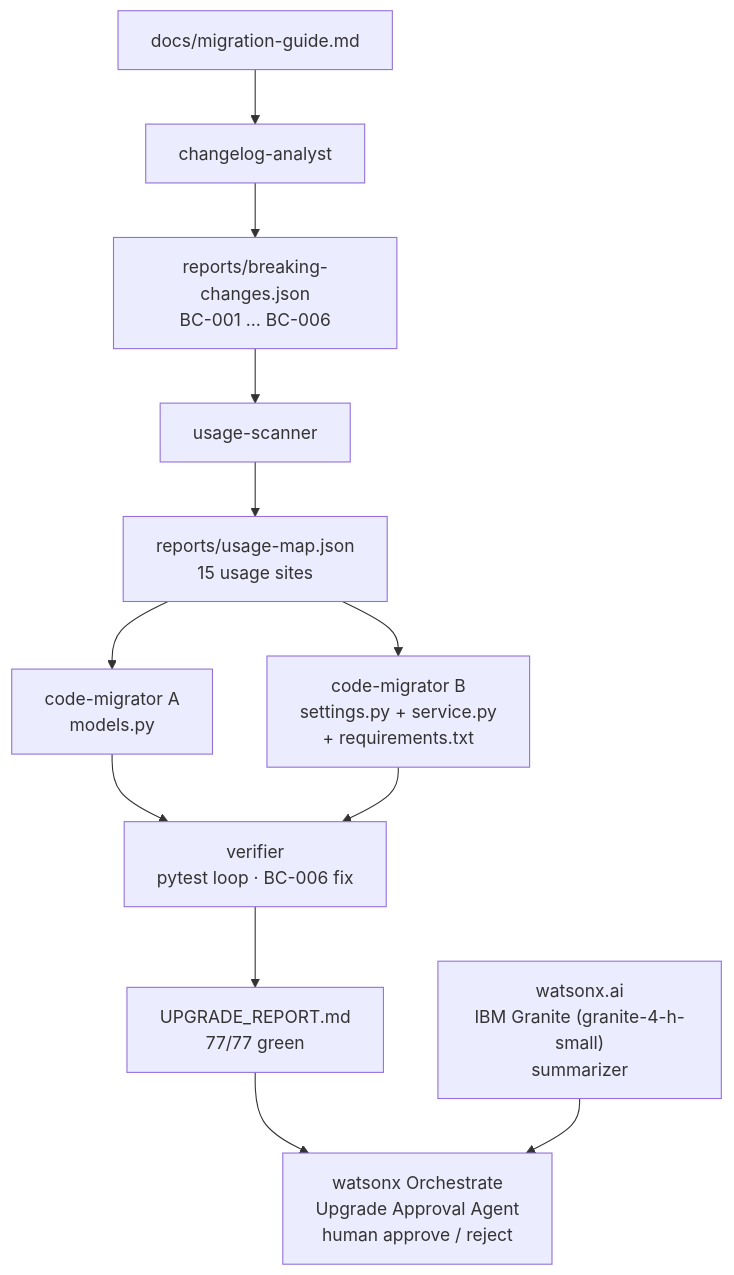
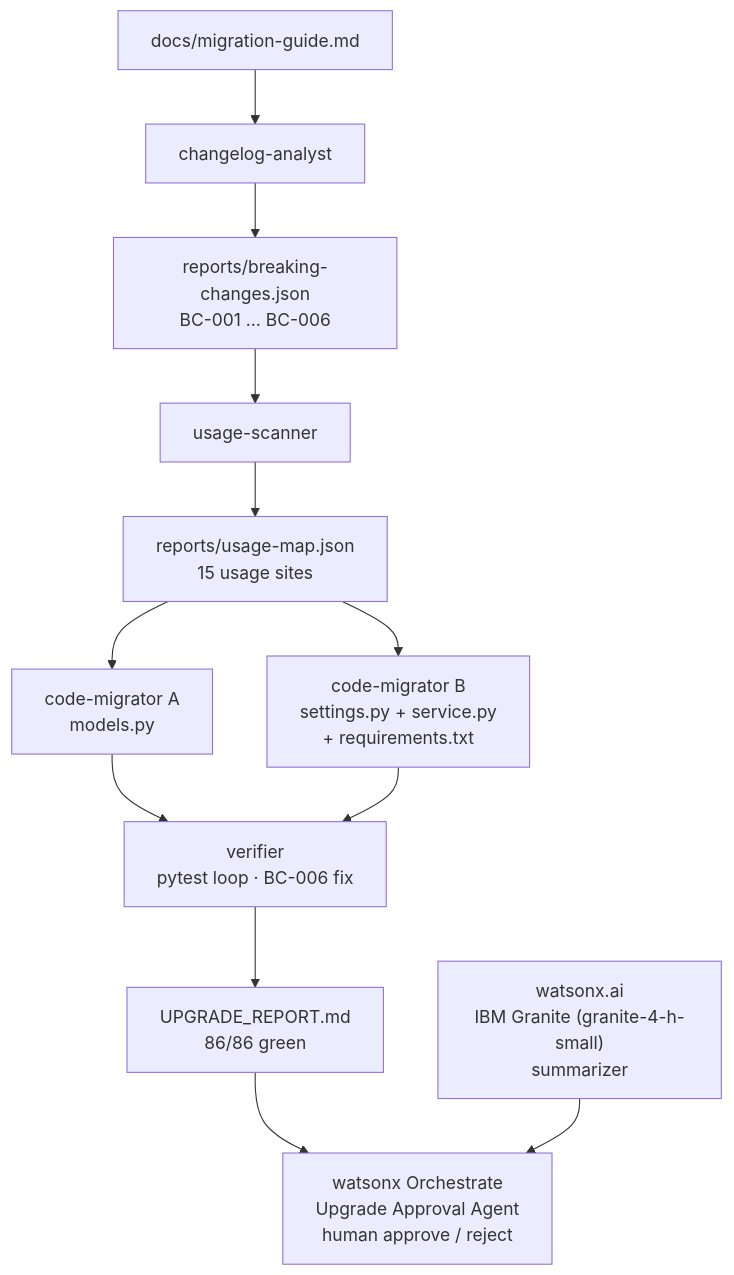
Before and after one commit to kaminisehmi/uplift-hackathon: the diagram in README.md, drawn with Mermaid. The commit also changed other lines of this file and 4 other files, not shown here.

````diff
--- a/README.md
+++ b/README.md
@@ -41,25 +41,25 @@
 ```mermaid
 flowchart TD
     MG[docs/migration-guide.md]
     CA[changelog-analyst]
     BC[reports/breaking-changes.json\nBC-001 … BC-006]
     US[usage-scanner]
     UM[reports/usage-map.json\n15 usage sites]
 
     MA["code-migrator A\nmodels.py"]
     MB["code-migrator B\nsettings.py + service.py\n+ requirements.txt"]
 
     VF["verifier\npytest loop · BC-006 fix"]
-    UR[UPGRADE_REPORT.md\n77/77 green]
+    UR[UPGRADE_REPORT.md\n86/86 green]
 
     WO["watsonx Orchestrate\nUpgrade Approval Agent\nhuman approve / reject"]
     WX["watsonx.ai\nIBM Granite (granite-4-h-small)\nsummarizer"]
 
     MG --> CA --> BC --> US --> UM
     UM --> MA
     UM --> MB
     MA --> VF
     MB --> VF
     VF --> UR --> WO
     WX --> WO
 ```
````
